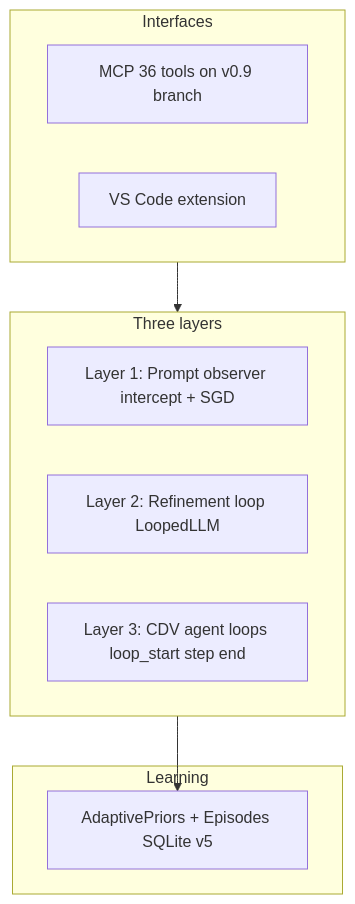
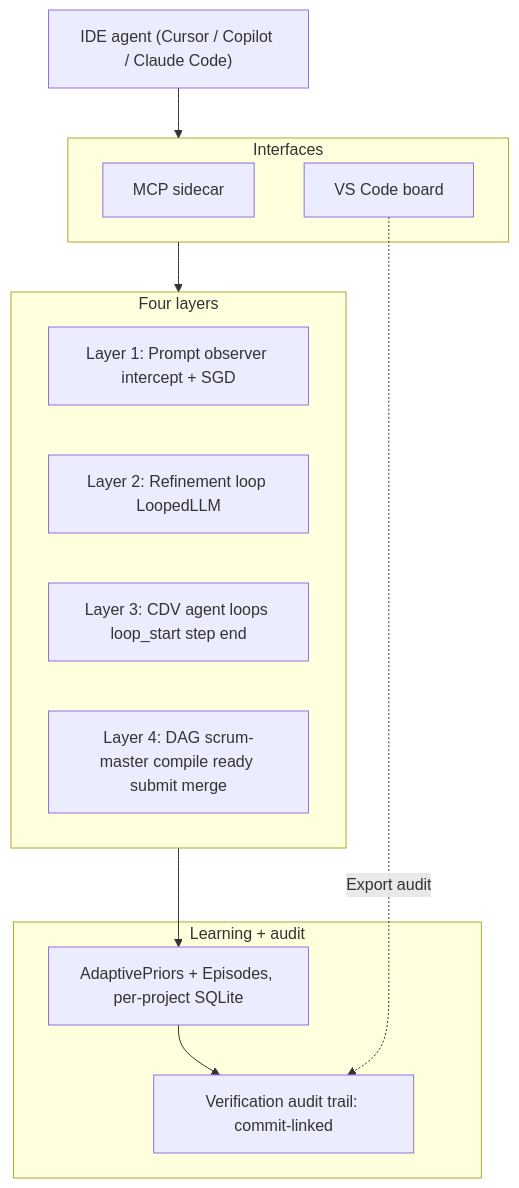
One commit to azank1/cdv changed the diagram in README.md. Above: the diagram before and after it, drawn with Mermaid. The commit also changed other lines of this file and 38 other files, not shown here.

````diff
--- a/README.md
+++ b/README.md
@@ -65,17 +102,21 @@
 ```mermaid
 flowchart TB
+  Agent["IDE agent (Cursor / Copilot / Claude Code)"]
   subgraph interfaces [Interfaces]
-    MCP[MCP 36 tools on v0.9 branch]
-    Ext[VS Code extension]
+    MCP[MCP sidecar]
+    Ext[VS Code board]
   end
-  subgraph layers [Three layers]
-    L1[Layer 1: Prompt observer intercept + SGD]
-    L2[Layer 2: Refinement loop LoopedLLM]
-    L3[Layer 3: CDV agent loops loop_start step end]
+  subgraph layers [Four layers]
+    L1["Layer 1: Prompt observer intercept + SGD"]
+    L2["Layer 2: Refinement loop LoopedLLM"]
+    L3["Layer 3: CDV agent loops loop_start step end"]
+    L4["Layer 4: DAG scrum-master compile ready submit merge"]
   end
-  subgraph learn [Learning]
-    Priors[AdaptivePriors + Episodes SQLite v5]
+  subgraph learn [Learning + audit]
+    Priors["AdaptivePriors + Episodes, per-project SQLite"]
+    Trail["Verification audit trail: commit-linked"]
   end
-  interfaces --> layers
-  layers --> Priors
+  Agent --> interfaces --> layers
+  layers --> Priors --> Trail
+  Ext -.->|"Export audit"| Trail
 ```
````
